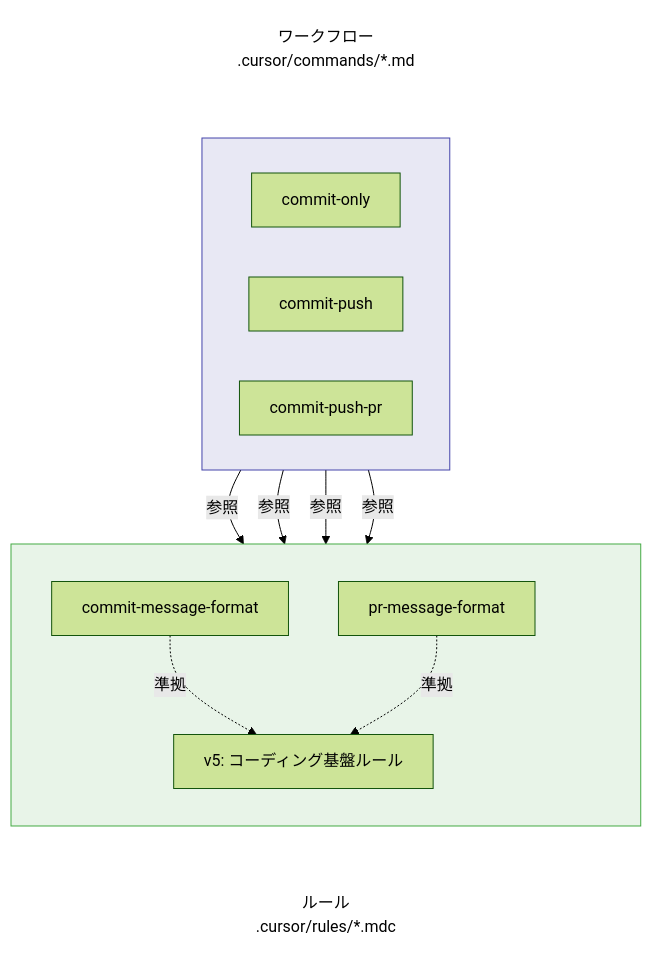
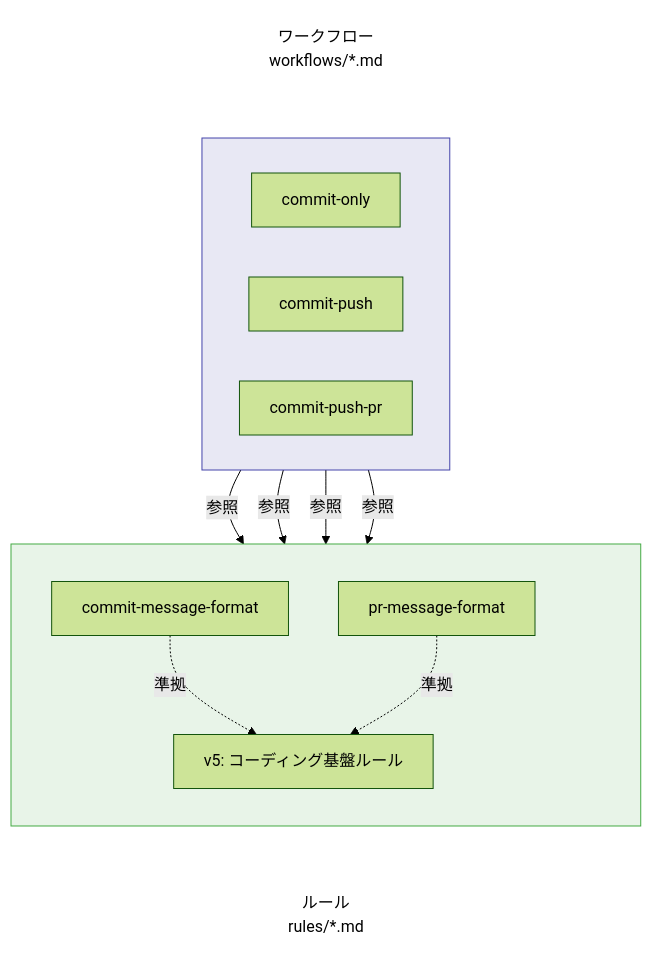
Before and after one commit to kinopeee/cursorrules: the first of 2 diagrams in ja/doc/rules-and-workflows.md, drawn with Mermaid (forest theme). The commit also changed other lines of this file and 60 other files, not shown here.

````diff
--- a/ja/doc/rules-and-workflows.md
+++ b/ja/doc/rules-and-workflows.md
@@ -76,43 +80,43 @@
 ```mermaid
 flowchart TB
-    WLabel[ワークフロー<br/>.cursor/commands/*.md]
+    WLabel[ワークフロー<br/>workflows/*.md]
     
     subgraph Workflow[" "]
         direction LR
         W1[commit-only]
         W2[commit-push]
         W3[commit-push-pr]
     end
 
     subgraph Rules[" "]
         direction TB
         R1[commit-message-format]
         R2[pr-message-format]
         space[ ]
         V5[v5: コーディング基盤ルール]
     end
     
-    RLabel[ルール<br/>.cursor/rules/*.mdc]
+    RLabel[ルール<br/>rules/*.md]
 
     WLabel ~~~ Workflow
     Workflow ~~~ Rules
     Rules ~~~ RLabel
 
     W1 -->|参照| R1
     W2 -->|参照| R1
     W3 -->|参照| R1
     W3 -->|参照| R2
     
     R1 -.->|準拠| V5
     R2 -.->|準拠| V5
 
     style Workflow fill:#e8e8f4,stroke:#44a
     style Rules fill:#e8f4e8,stroke:#4a4
     style WLabel fill:none,stroke:none
     style RLabel fill:none,stroke:none
     style space fill:none,stroke:none
     
     linkStyle 0 stroke:none
     linkStyle 1 stroke:none
     linkStyle 2 stroke:none
 ```
````
